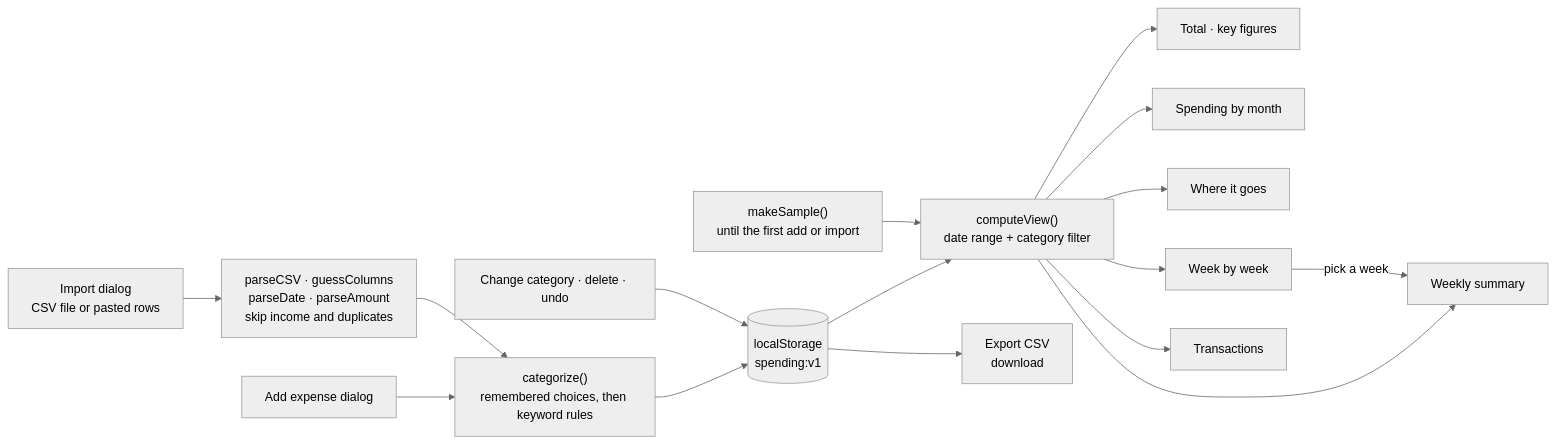
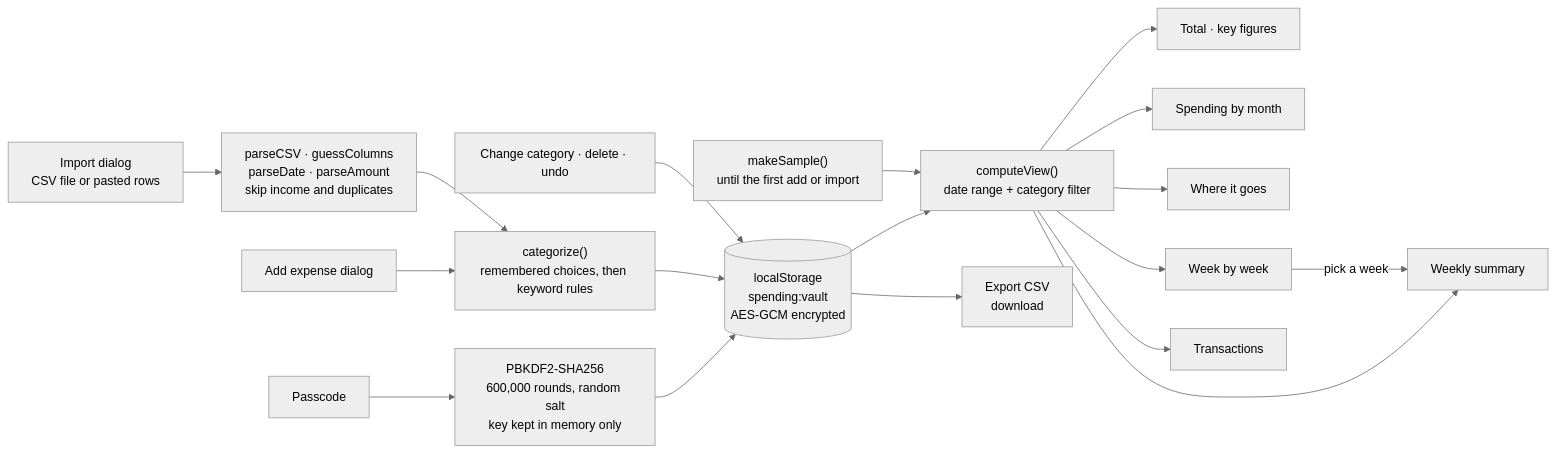
Before and after one commit to dodibanzon/dodibanzon.github.io: the ninth of 9 diagrams in WEBFLOW.md, drawn with Mermaid (neutral theme). The commit also changed other lines of this file and 3 other files, not shown here.

````diff
--- a/WEBFLOW.md
+++ b/WEBFLOW.md
@@ -268,18 +291,20 @@
 ```mermaid
 flowchart LR
+  pass["Passcode"] --> kdf["PBKDF2-SHA256<br>600,000 rounds, random salt<br>key kept in memory only"]
+  kdf --> store
   add["Add expense dialog"] --> cat["categorize()<br>remembered choices, then keyword rules"]
   csv["Import dialog<br>CSV file or pasted rows"] --> parse["parseCSV · guessColumns<br>parseDate · parseAmount<br>skip income and duplicates"]
   parse --> cat
-  cat --> store[("localStorage<br>spending:v1")]
+  cat --> store[("localStorage<br>spending:vault<br>AES-GCM encrypted")]
   edit["Change category · delete · undo"] --> store
   store --> view["computeView()<br>date range + category filter"]
   sample["makeSample()<br>until the first add or import"] --> view
   view --> sum["Total · key figures"]
   view --> mon["Spending by month"]
   view --> cats["Where it goes"]
   view --> wk["Weekly summary"]
   view --> wks["Week by week"]
   view --> tx["Transactions"]
   wks -- "pick a week" --> wk
   store --> exp["Export CSV<br>download"]
 ```
````
